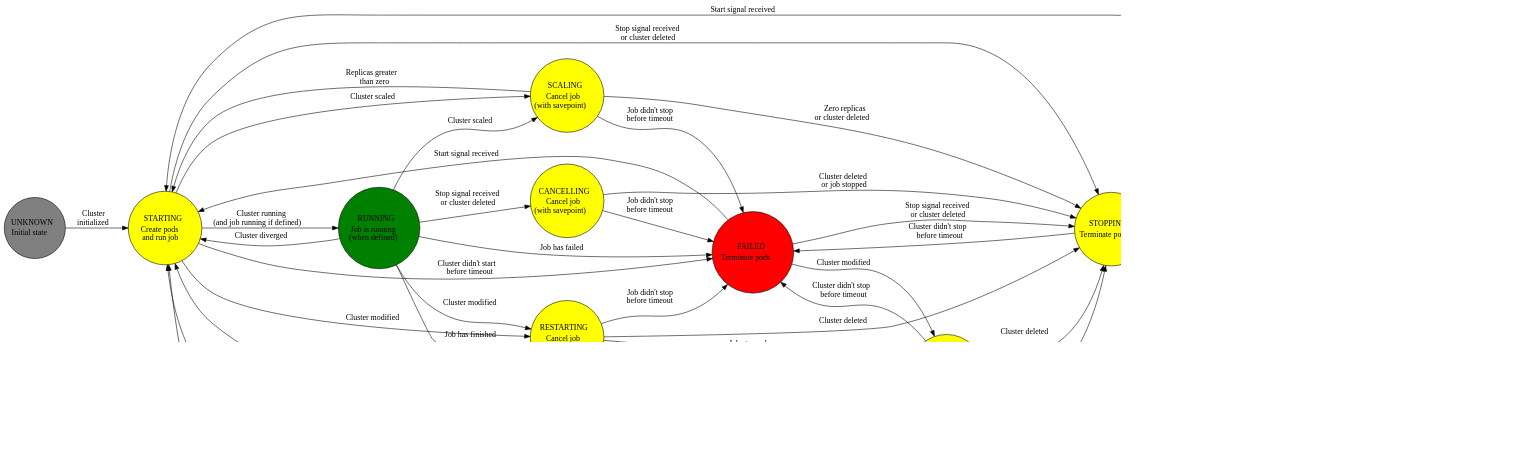
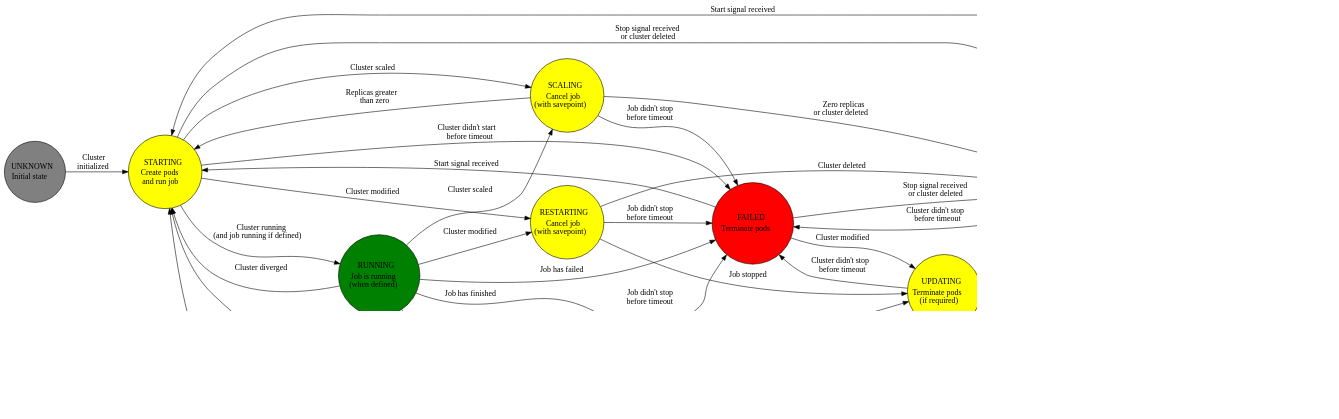
Before and after one commit to nextbreakpoint/flink-k8s-toolbox: the diagram in graphs/flink-cluster.dot, drawn with Graphviz. The commit also changed 393 other files, not shown here.

Commit message:
rename packages and classes and update graph

```diff
--- a/graphs/flink-cluster.dot
+++ b/graphs/flink-cluster.dot
@@ -200,20 +200,6 @@
           </TR>
       </TABLE>
   > ];
-  SUSPENDED -> TERMINATED [ label = <
-      <TABLE ALIGN="LEFT" BORDER="0" CELLBORDER="0" CELLSPACING="0">
-          <TR>
-              <TD>Cluster modified</TD>
-          </TR>
-      </TABLE>
-  > ];
-  TERMINATED -> STARTING [ label = <
-      <TABLE ALIGN="LEFT" BORDER="0" CELLBORDER="0" CELLSPACING="0">
-          <TR>
-              <TD>Start signal received</TD>
-          </TR>
-      </TABLE>
-  > ];
   FAILED -> STOPPING [ label = <
       <TABLE ALIGN="LEFT" BORDER="0" CELLBORDER="0" CELLSPACING="0">
           <TR>
```
